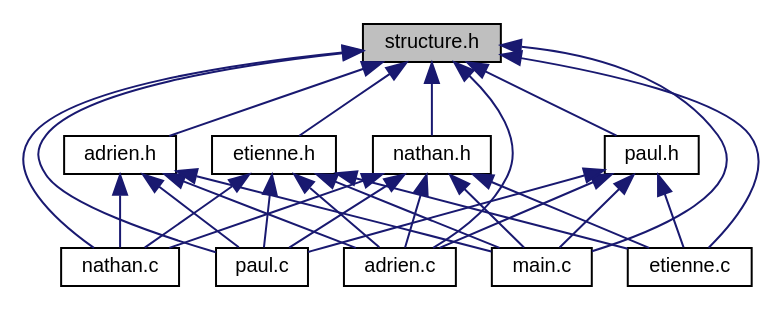
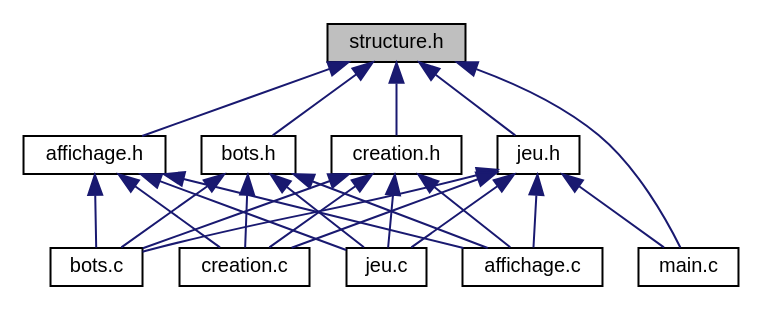
One commit to nehkowp/html changed the diagram in structure_8h__dep__incl.dot. Above: the diagram before and after it, drawn with Graphviz. The commit also changed 277 other files, not shown here.

```diff
--- a/structure_8h__dep__incl.dot
+++ b/structure_8h__dep__incl.dot
@@ -1,44 +1,39 @@
 digraph "structure.h"
 {
  // INTERACTIVE_SVG=YES
  // LATEX_PDF_SIZE
   edge [fontname="Helvetica",fontsize="10",labelfontname="Helvetica",labelfontsize="10"];
   node [fontname="Helvetica",fontsize="10",shape=record];
   Node1 [label="structure.h",height=0.2,width=0.4,color="black", fillcolor="grey75", style="filled", fontcolor="black",tooltip=" "];
   Node1 -> Node2 [dir="back",color="midnightblue",fontsize="10",style="solid",fontname="Helvetica"];
-  Node2 [label="adrien.c",height=0.2,width=0.4,color="black", fillcolor="white", style="filled",URL="$adrien_8c.html",tooltip=" "];
-  Node1 -> Node3 [dir="back",color="midnightblue",fontsize="10",style="solid",fontname="Helvetica"];
-  Node3 [label="adrien.h",height=0.2,width=0.4,color="black", fillcolor="white", style="filled",URL="$adrien_8h.html",tooltip=" "];
-  Node3 -> Node2 [dir="back",color="midnightblue",fontsize="10",style="solid",fontname="Helvetica"];
-  Node3 -> Node4 [dir="back",color="midnightblue",fontsize="10",style="solid",fontname="Helvetica"];
-  Node4 [label="main.c",height=0.2,width=0.4,color="black", fillcolor="white", style="filled",URL="$main_8c.html",tooltip=" "];
-  Node3 -> Node5 [dir="back",color="midnightblue",fontsize="10",style="solid",fontname="Helvetica"];
-  Node5 [label="nathan.c",height=0.2,width=0.4,color="black", fillcolor="white", style="filled",URL="$nathan_8c.html",tooltip=" "];
-  Node3 -> Node6 [dir="back",color="midnightblue",fontsize="10",style="solid",fontname="Helvetica"];
-  Node6 [label="paul.c",height=0.2,width=0.4,color="black", fillcolor="white", style="filled",URL="$paul_8c.html",tooltip=" "];
+  Node2 [label="affichage.h",height=0.2,width=0.4,color="black", fillcolor="white", style="filled",URL="$affichage_8h.html",tooltip=" "];
+  Node2 -> Node3 [dir="back",color="midnightblue",fontsize="10",style="solid",fontname="Helvetica"];
+  Node3 [label="affichage.c",height=0.2,width=0.4,color="black", fillcolor="white", style="filled",URL="$affichage_8c.html",tooltip=" "];
+  Node2 -> Node4 [dir="back",color="midnightblue",fontsize="10",style="solid",fontname="Helvetica"];
+  Node4 [label="bots.c",height=0.2,width=0.4,color="black", fillcolor="white", style="filled",URL="$bots_8c.html",tooltip=" "];
+  Node2 -> Node5 [dir="back",color="midnightblue",fontsize="10",style="solid",fontname="Helvetica"];
+  Node5 [label="creation.c",height=0.2,width=0.4,color="black", fillcolor="white", style="filled",URL="$creation_8c.html",tooltip=" "];
+  Node2 -> Node6 [dir="back",color="midnightblue",fontsize="10",style="solid",fontname="Helvetica"];
+  Node6 [label="jeu.c",height=0.2,width=0.4,color="black", fillcolor="white", style="filled",URL="$jeu_8c.html",tooltip=" "];
   Node1 -> Node7 [dir="back",color="midnightblue",fontsize="10",style="solid",fontname="Helvetica"];
-  Node7 [label="etienne.c",height=0.2,width=0.4,color="black", fillcolor="white", style="filled",URL="$etienne_8c.html",tooltip=" "];
+  Node7 [label="bots.h",height=0.2,width=0.4,color="black", fillcolor="white", style="filled",URL="$bots_8h.html",tooltip=" "];
+  Node7 -> Node3 [dir="back",color="midnightblue",fontsize="10",style="solid",fontname="Helvetica"];
+  Node7 -> Node4 [dir="back",color="midnightblue",fontsize="10",style="solid",fontname="Helvetica"];
+  Node7 -> Node5 [dir="back",color="midnightblue",fontsize="10",style="solid",fontname="Helvetica"];
+  Node7 -> Node6 [dir="back",color="midnightblue",fontsize="10",style="solid",fontname="Helvetica"];
   Node1 -> Node8 [dir="back",color="midnightblue",fontsize="10",style="solid",fontname="Helvetica"];
-  Node8 [label="etienne.h",height=0.2,width=0.4,color="black", fillcolor="white", style="filled",URL="$etienne_8h.html",tooltip=" "];
-  Node8 -> Node2 [dir="back",color="midnightblue",fontsize="10",style="solid",fontname="Helvetica"];
-  Node8 -> Node7 [dir="back",color="midnightblue",fontsize="10",style="solid",fontname="Helvetica"];
+  Node8 [label="creation.h",height=0.2,width=0.4,color="black", fillcolor="white", style="filled",URL="$creation_8h.html",tooltip=" "];
+  Node8 -> Node3 [dir="back",color="midnightblue",fontsize="10",style="solid",fontname="Helvetica"];
   Node8 -> Node4 [dir="back",color="midnightblue",fontsize="10",style="solid",fontname="Helvetica"];
   Node8 -> Node5 [dir="back",color="midnightblue",fontsize="10",style="solid",fontname="Helvetica"];
   Node8 -> Node6 [dir="back",color="midnightblue",fontsize="10",style="solid",fontname="Helvetica"];
-  Node1 -> Node4 [dir="back",color="midnightblue",fontsize="10",style="solid",fontname="Helvetica"];
-  Node1 -> Node5 [dir="back",color="midnightblue",fontsize="10",style="solid",fontname="Helvetica"];
   Node1 -> Node9 [dir="back",color="midnightblue",fontsize="10",style="solid",fontname="Helvetica"];
-  Node9 [label="nathan.h",height=0.2,width=0.4,color="black", fillcolor="white", style="filled",URL="$nathan_8h.html",tooltip=" "];
-  Node9 -> Node2 [dir="back",color="midnightblue",fontsize="10",style="solid",fontname="Helvetica"];
-  Node9 -> Node7 [dir="back",color="midnightblue",fontsize="10",style="solid",fontname="Helvetica"];
+  Node9 [label="jeu.h",height=0.2,width=0.4,color="black", fillcolor="white", style="filled",URL="$jeu_8h.html",tooltip=" "];
+  Node9 -> Node3 [dir="back",color="midnightblue",fontsize="10",style="solid",fontname="Helvetica"];
   Node9 -> Node4 [dir="back",color="midnightblue",fontsize="10",style="solid",fontname="Helvetica"];
   Node9 -> Node5 [dir="back",color="midnightblue",fontsize="10",style="solid",fontname="Helvetica"];
   Node9 -> Node6 [dir="back",color="midnightblue",fontsize="10",style="solid",fontname="Helvetica"];
-  Node1 -> Node6 [dir="back",color="midnightblue",fontsize="10",style="solid",fontname="Helvetica"];
+  Node9 -> Node10 [dir="back",color="midnightblue",fontsize="10",style="solid",fontname="Helvetica"];
+  Node10 [label="main.c",height=0.2,width=0.4,color="black", fillcolor="white", style="filled",URL="$main_8c.html",tooltip=" "];
   Node1 -> Node10 [dir="back",color="midnightblue",fontsize="10",style="solid",fontname="Helvetica"];
-  Node10 [label="paul.h",height=0.2,width=0.4,color="black", fillcolor="white", style="filled",URL="$paul_8h.html",tooltip=" "];
-  Node10 -> Node2 [dir="back",color="midnightblue",fontsize="10",style="solid",fontname="Helvetica"];
-  Node10 -> Node7 [dir="back",color="midnightblue",fontsize="10",style="solid",fontname="Helvetica"];
-  Node10 -> Node4 [dir="back",color="midnightblue",fontsize="10",style="solid",fontname="Helvetica"];
-  Node10 -> Node6 [dir="back",color="midnightblue",fontsize="10",style="solid",fontname="Helvetica"];
 }
```
